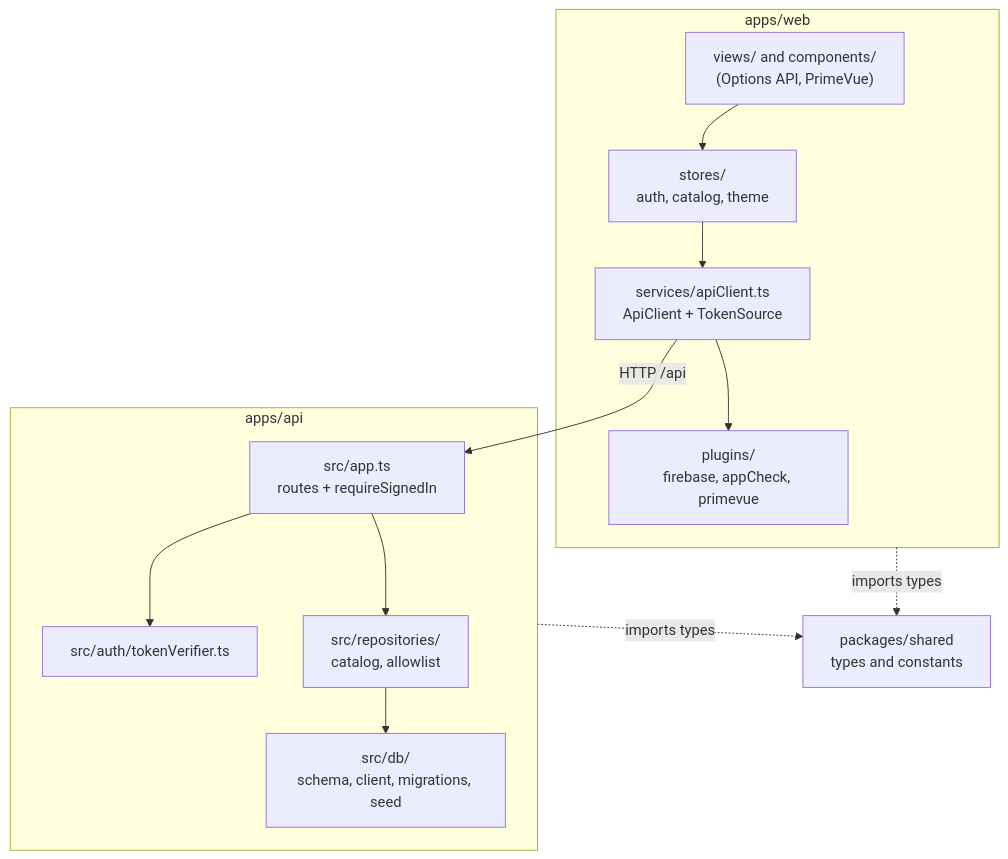
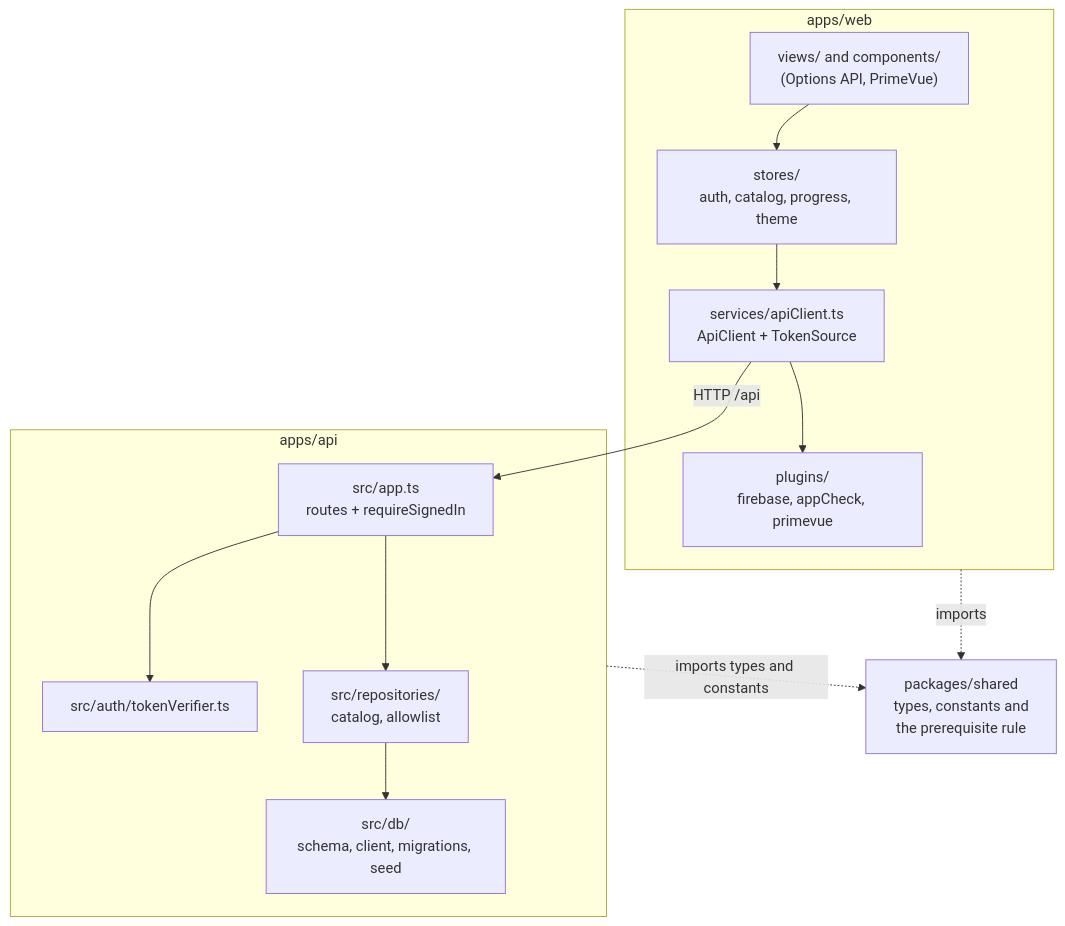
One commit to Valiance-Studios/halo-drivers-ed changed the second of 6 diagrams in ARCHITECTURE.md. Above: the diagram before and after it, drawn with Mermaid. The commit also changed other lines of this file and 11 other files, not shown here.

````diff
--- a/ARCHITECTURE.md
+++ b/ARCHITECTURE.md
@@ -76,28 +76,28 @@
 ```mermaid
 flowchart TB
     subgraph web["apps/web"]
         views["views/ and components/<br/>(Options API, PrimeVue)"]
-        stores["stores/<br/>auth, catalog, theme"]
+        stores["stores/<br/>auth, catalog, progress, theme"]
         client["services/apiClient.ts<br/>ApiClient + TokenSource"]
         plugins["plugins/<br/>firebase, appCheck, primevue"]
         views --> stores
         stores --> client
         client --> plugins
     end
 
     subgraph api["apps/api"]
         app["src/app.ts<br/>routes + requireSignedIn"]
         verifier["src/auth/tokenVerifier.ts"]
         repos["src/repositories/<br/>catalog, allowlist"]
         db["src/db/<br/>schema, client, migrations, seed"]
         app --> verifier
         app --> repos
         repos --> db
     end
 
-    shared["packages/shared<br/>types and constants"]
+    shared["packages/shared<br/>types, constants and<br/>the prerequisite rule"]
 
     client -- "HTTP /api" --> app
-    web -. "imports types" .-> shared
-    api -. "imports types" .-> shared
+    web -. "imports" .-> shared
+    api -. "imports types and constants" .-> shared
 ```
````
